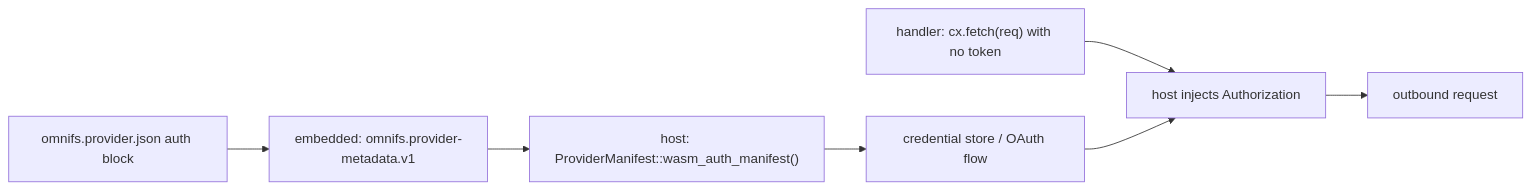
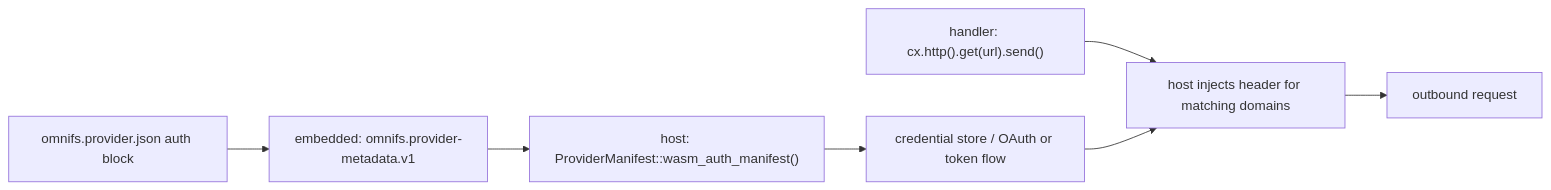
The diagram in website/src/content/docs/building-providers/auth-manifest.md (0xff-ai/omnifs), drawn with Mermaid before and after one commit. The commit also changed other lines of this file and 11 other files, not shown here.

````diff
--- a/website/src/content/docs/building-providers/auth-manifest.md
+++ b/website/src/content/docs/building-providers/auth-manifest.md
@@ -95,9 +91,9 @@
 ```mermaid
 flowchart LR
     M["omnifs.provider.json auth block"] --> W["embedded: omnifs.provider-metadata.v1"]
     W --> R["host: ProviderManifest::wasm_auth_manifest()"]
-    R --> S["credential store / OAuth flow"]
-    H["handler: cx.fetch(req) with no token"] --> HOST["host injects Authorization"]
+    R --> S["credential store / OAuth or token flow"]
+    H["handler: cx.http().get(url).send()"] --> HOST["host injects header for matching domains"]
     S --> HOST
     HOST --> NET["outbound request"]
 ```
````
